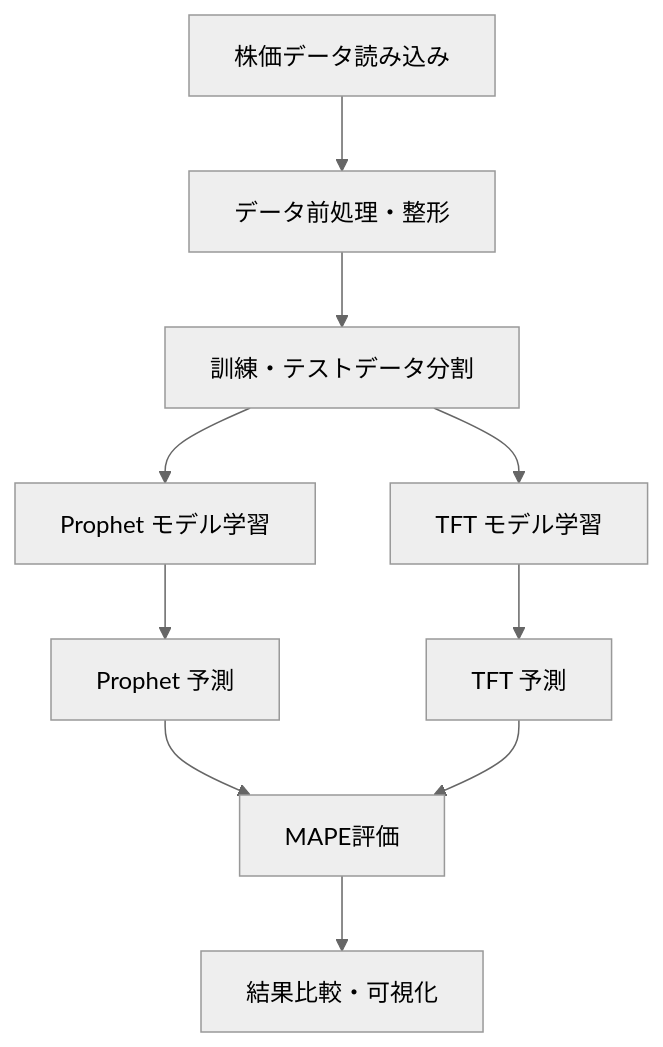
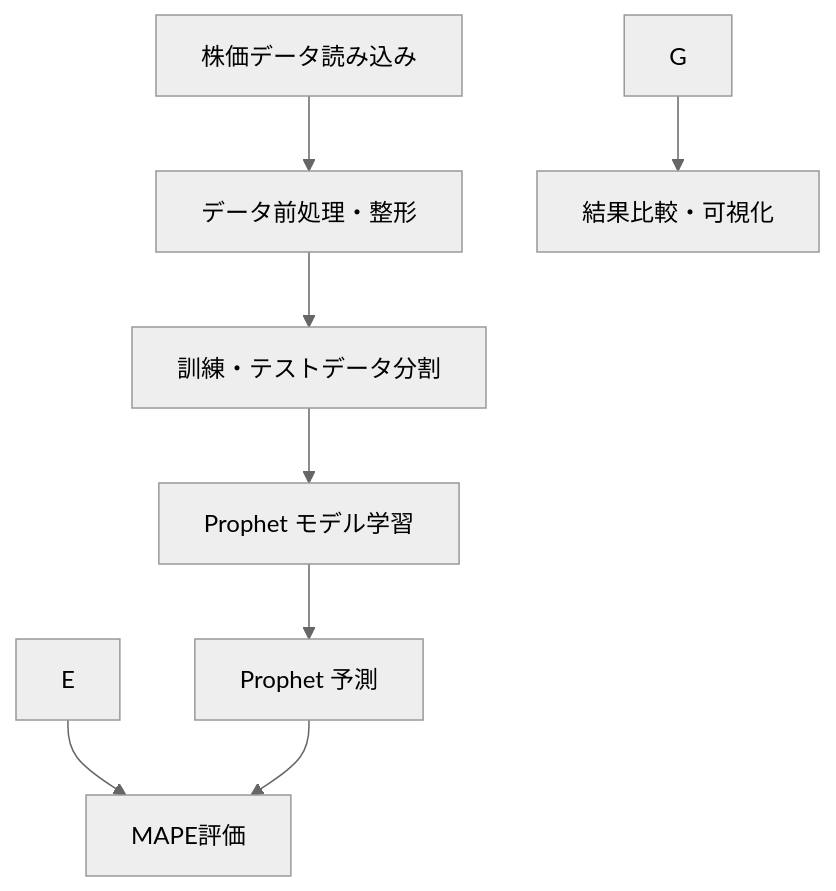
The diagram in README.md (Charee-Villapong/Trainee), drawn with Mermaid (neutral theme) before and after one commit. The commit also changed other lines of this file, not shown here.

````diff
--- a/README.md
+++ b/README.md
@@ -70,12 +70,10 @@
 ```mermaid
 graph TD
     A[株価データ読み込み] --> B[データ前処理・整形]
     B --> C[訓練・テストデータ分割]
     C --> D[Prophet モデル学習]
-    C --> E[TFT モデル学習]
     D --> F[Prophet 予測]
-    E --> G[TFT 予測]
-    F --> H[MAPE評価]
-    G --> H
-    H --> I[結果比較・可視化]
+    E --> H[MAPE評価]
+    F --> H
+    G --> I[結果比較・可視化]
 ```
````
